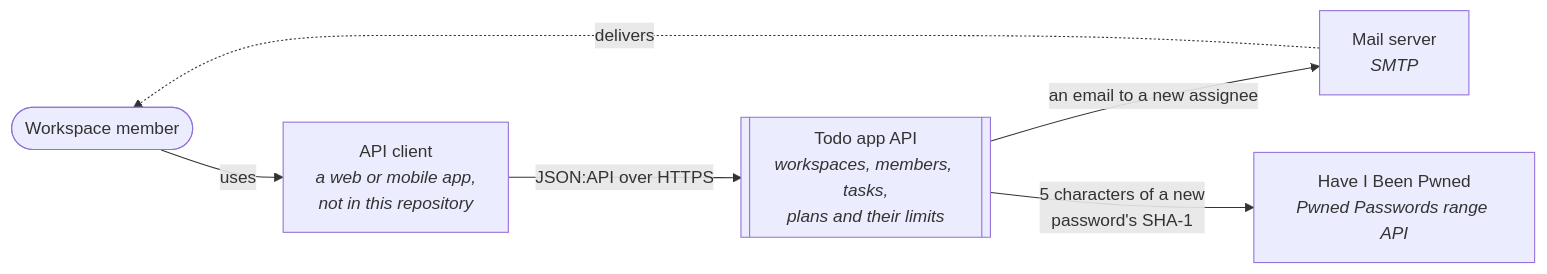
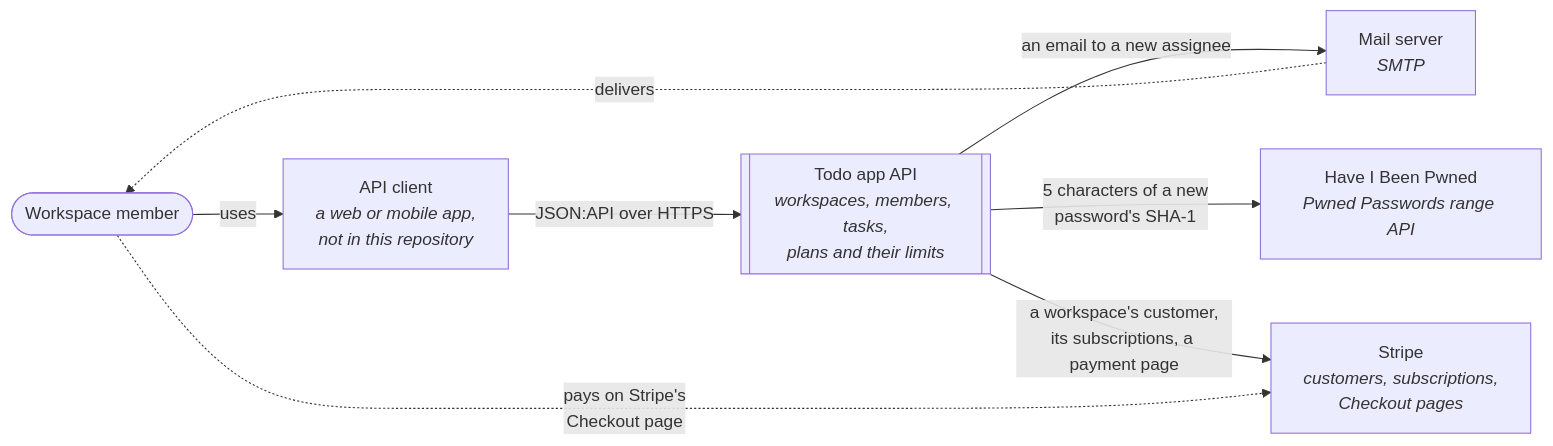
The first of 6 diagrams in docs/architecture.md (NikitaSomik/symfony-todo-app), drawn with Mermaid before and after one commit. The commit also changed other lines of this file and 51 other files, not shown here.

Commit message:
feat(billing): let an owner buy a plan through Stripe Checkout (#114)

````diff
--- a/docs/architecture.md
+++ b/docs/architecture.md
@@ -9,14 +9,17 @@
 ```mermaid
 flowchart LR
     member([Workspace member])
     client[API client<br/><i>a web or mobile app,<br/>not in this repository</i>]
     app[[Todo app API<br/><i>workspaces, members, tasks,<br/>plans and their limits</i>]]
     mail[Mail server<br/><i>SMTP</i>]
     hibp[Have I Been Pwned<br/><i>Pwned Passwords range API</i>]
+    stripe[Stripe<br/><i>customers, subscriptions,<br/>Checkout pages</i>]
 
     member -->|uses| client
     client -->|JSON:API over HTTPS| app
     app -->|an email to a new assignee| mail
     mail -.->|delivers| member
     app -->|5 characters of a new<br/>password's SHA-1| hibp
+    app -->|a workspace's customer,<br/>its subscriptions, a payment page| stripe
+    member -.->|pays on Stripe's<br/>Checkout page| stripe
 ```
````
